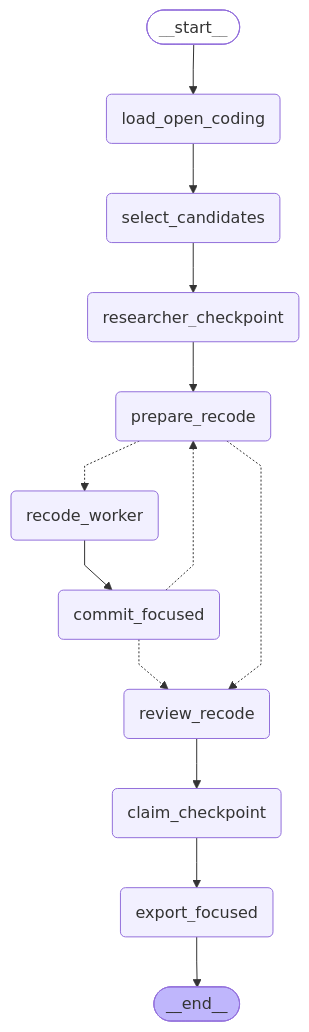
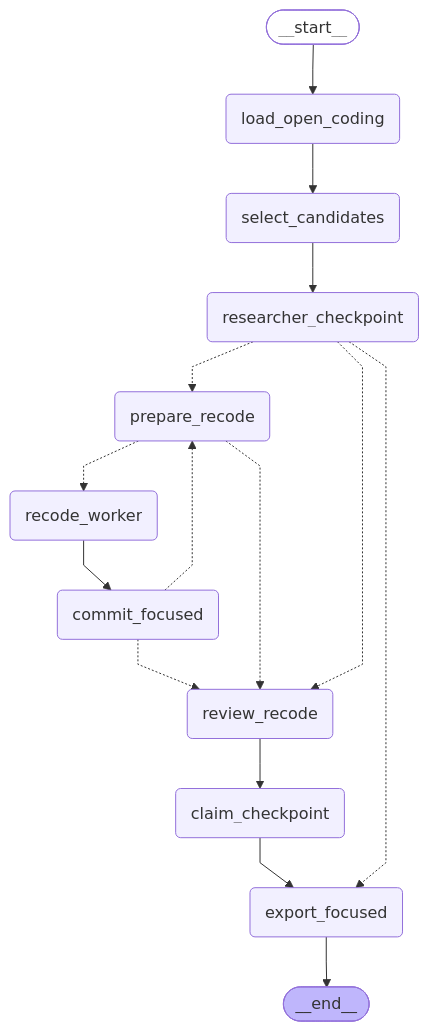
One commit to davidscassell/automated-grounded-theory changed the second of 2 diagrams in README.md. Above: the diagram before and after it, drawn with Mermaid. The commit also changed other lines of this file and 5 other files, not shown here.

````diff
--- a/README.md
+++ b/README.md
@@ -65,34 +65,36 @@
 ```mermaid
 ---
 config:
   flowchart:
     curve: linear
 ---
 graph TD;
 	__start__([<p>__start__</p>]):::first
 	load_open_coding(load_open_coding)
 	select_candidates(select_candidates)
 	researcher_checkpoint(researcher_checkpoint)
 	prepare_recode(prepare_recode)
 	recode_worker(recode_worker)
 	commit_focused(commit_focused)
 	review_recode(review_recode)
 	claim_checkpoint(claim_checkpoint)
 	export_focused(export_focused)
 	__end__([<p>__end__</p>]):::last
 	__start__ --> load_open_coding;
 	claim_checkpoint --> export_focused;
 	commit_focused -.-> prepare_recode;
 	commit_focused -.-> review_recode;
 	load_open_coding --> select_candidates;
 	prepare_recode -.-> recode_worker;
 	prepare_recode -.-> review_recode;
 	recode_worker --> commit_focused;
-	researcher_checkpoint --> prepare_recode;
+	researcher_checkpoint -.-> export_focused;
+	researcher_checkpoint -.-> prepare_recode;
+	researcher_checkpoint -.-> review_recode;
 	review_recode --> claim_checkpoint;
 	select_candidates --> researcher_checkpoint;
 	export_focused --> __end__;
 	classDef default fill:#f2f0ff,line-height:1.2
 	classDef first fill-opacity:0
 	classDef last fill:#bfb6fc
 ```
````
